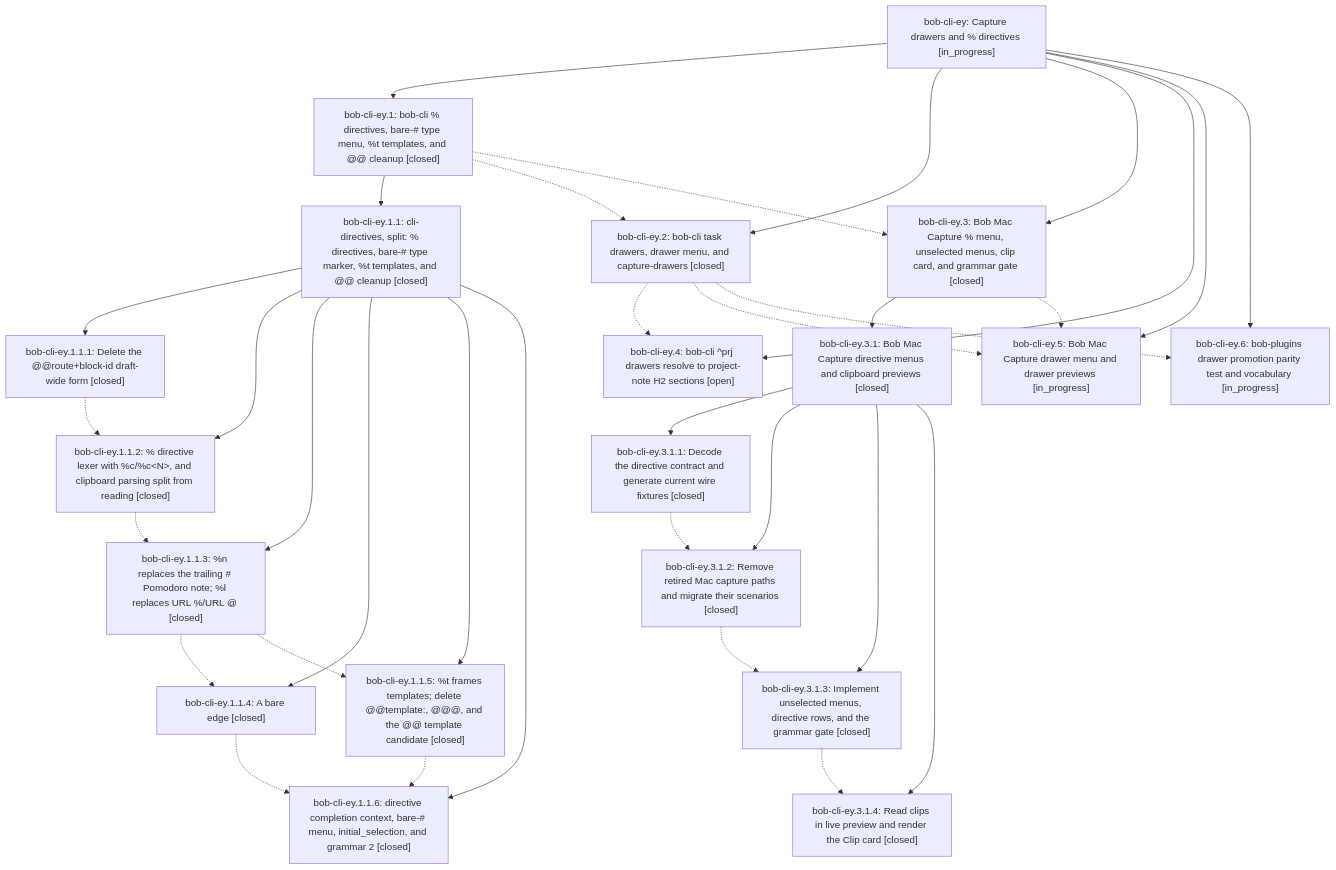
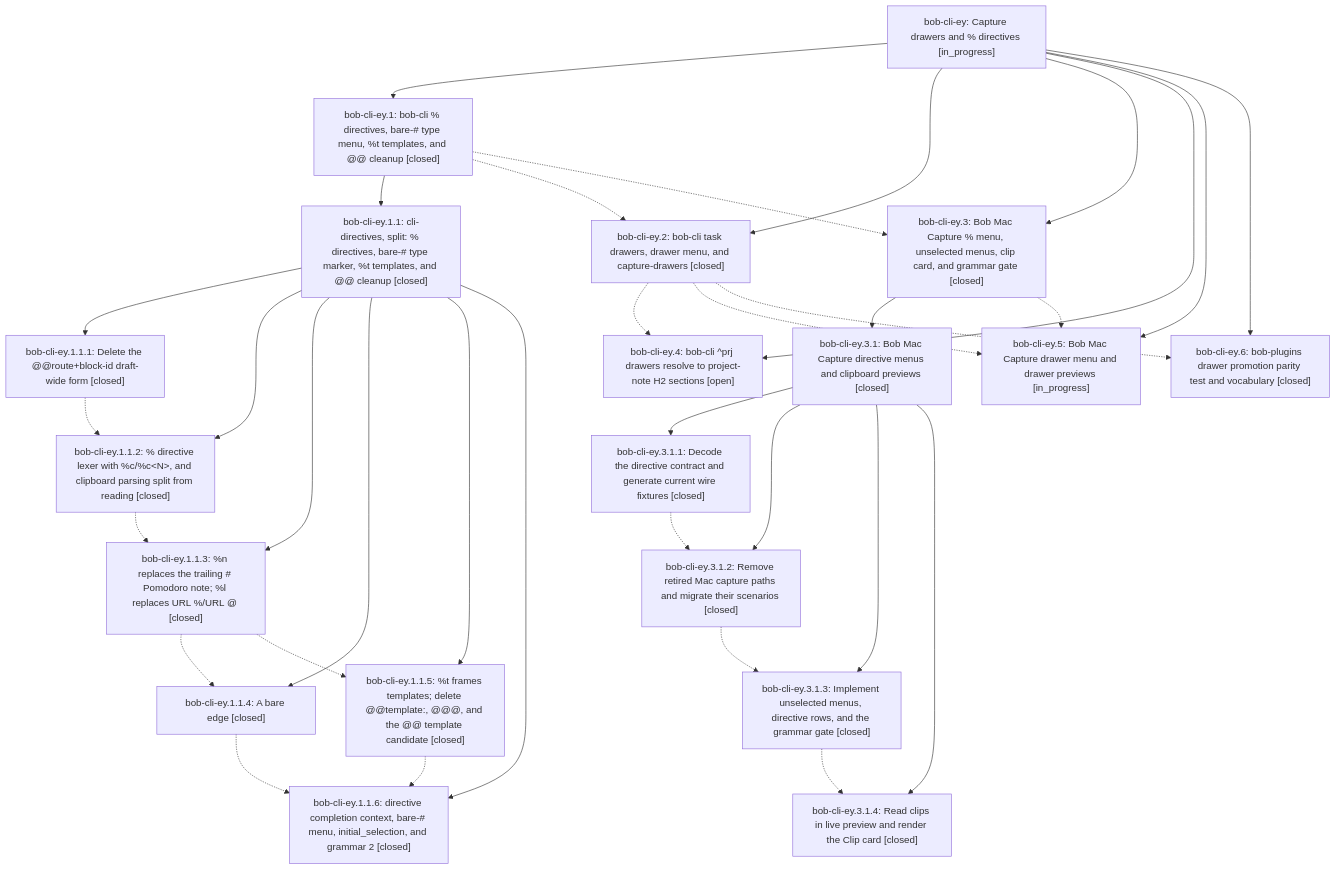
One commit to bobs-org/bob-cli--beads changed the diagram in pages/bob-cli-ey/README.md. Above: the diagram before and after it, drawn with Mermaid. The commit also changed other lines of this file and 6 other files, not shown here.

First line of the commit message:
chore(beads): sync bead state and pages for bob-cli-ey

````diff
--- a/pages/bob-cli-ey/README.md
+++ b/pages/bob-cli-ey/README.md
@@ -43,55 +43,55 @@
 ```mermaid
 flowchart TD
     n0["bob-cli-ey: Capture drawers and % directives [in_progress]"]
     n1["bob-cli-ey.1: bob-cli % directives, bare-# type menu, %t templates, and @@ cleanup [closed]"]
     n2["bob-cli-ey.1.1: cli-directives, split: % directives, bare-# type marker, %t templates, and @@ cleanup [closed]"]
     n3["bob-cli-ey.1.1.1: Delete the @@route+block-id draft-wide form [closed]"]
     n4["bob-cli-ey.1.1.2: % directive lexer with %c/%c&lt;N&gt;, and clipboard parsing split from reading [closed]"]
     n5["bob-cli-ey.1.1.3: %n replaces the trailing # Pomodoro note; %l replaces URL %/URL @ [closed]"]
     n6["bob-cli-ey.1.1.4: A bare edge [closed]"]
     n7["bob-cli-ey.1.1.5: %t frames templates; delete @@template:, @@@, and the @@ template candidate [closed]"]
     n8["bob-cli-ey.1.1.6: directive completion context, bare-# menu, initial_selection, and grammar 2 [closed]"]
     n9["bob-cli-ey.2: bob-cli task drawers, drawer menu, and capture-drawers [closed]"]
     n10["bob-cli-ey.3: Bob Mac Capture % menu, unselected menus, clip card, and grammar gate [closed]"]
     n11["bob-cli-ey.3.1: Bob Mac Capture directive menus and clipboard previews [closed]"]
     n12["bob-cli-ey.3.1.1: Decode the directive contract and generate current wire fixtures [closed]"]
     n13["bob-cli-ey.3.1.2: Remove retired Mac capture paths and migrate their scenarios [closed]"]
     n14["bob-cli-ey.3.1.3: Implement unselected menus, directive rows, and the grammar gate [closed]"]
     n15["bob-cli-ey.3.1.4: Read clips in live preview and render the Clip card [closed]"]
     n16["bob-cli-ey.4: bob-cli ^prj drawers resolve to project-note H2 sections [open]"]
     n17["bob-cli-ey.5: Bob Mac Capture drawer menu and drawer previews [in_progress]"]
-    n18["bob-cli-ey.6: bob-plugins drawer promotion parity test and vocabulary [in_progress]"]
+    n18["bob-cli-ey.6: bob-plugins drawer promotion parity test and vocabulary [closed]"]
     n0 --> n1
     n1 --> n2
     n2 --> n3
     n2 --> n4
     n2 --> n5
     n2 --> n6
     n2 --> n7
     n2 --> n8
     n0 --> n9
     n0 --> n10
     n10 --> n11
     n11 --> n12
     n11 --> n13
     n11 --> n14
     n11 --> n15
     n0 --> n16
     n0 --> n17
     n0 --> n18
     n1 -.-> n9
     n1 -.-> n10
     n3 -.-> n4
     n4 -.-> n5
     n5 -.-> n6
     n5 -.-> n7
     n6 -.-> n8
     n7 -.-> n8
     n9 -.-> n16
     n9 -.-> n17
     n9 -.-> n18
     n10 -.-> n17
     n12 -.-> n13
     n13 -.-> n14
     n14 -.-> n15
 ```
````
